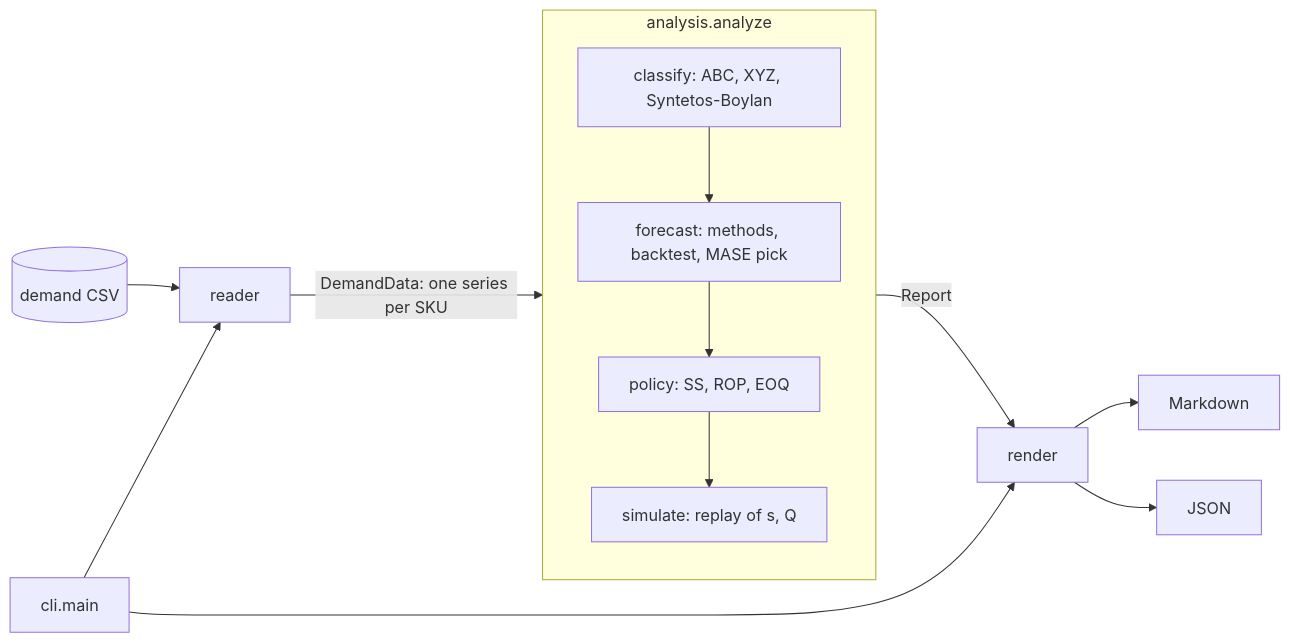
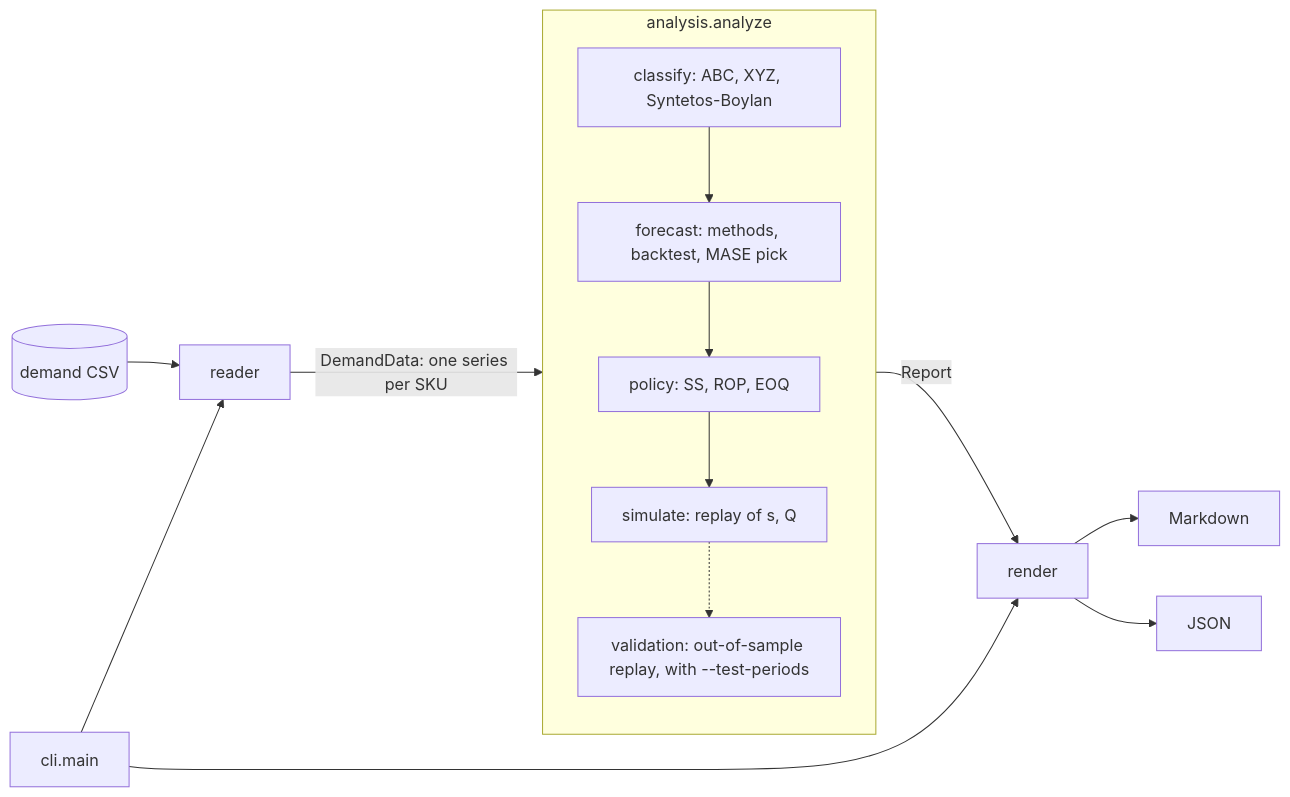
One commit to rodrix91/inventory-policy-lab changed the diagram in README.md. Above: the diagram before and after it, drawn with Mermaid. The commit also changed other lines of this file and 2 other files, not shown here.

First line of the commit message:
Document the out-of-sample replay: ADR 0005, README results, CHANGELOG

````diff
--- a/README.md
+++ b/README.md
@@ -313,17 +331,19 @@
 ```mermaid
 flowchart LR
     CSV[(demand CSV)] --> reader
     reader -->|DemandData: one series per SKU| analysis
     subgraph analysis [analysis.analyze]
         classify[classify: ABC, XYZ, Syntetos-Boylan]
         forecast[forecast: methods, backtest, MASE pick]
         policy[policy: SS, ROP, EOQ]
         simulate[simulate: replay of s, Q]
+        validation[validation: out-of-sample replay, with --test-periods]
         classify --> forecast --> policy --> simulate
+        simulate -.-> validation
     end
     analysis -->|Report| render
     render --> MD[Markdown]
     render --> JSON[JSON]
     cli[cli.main] --> reader
     cli --> render
 ```
````
